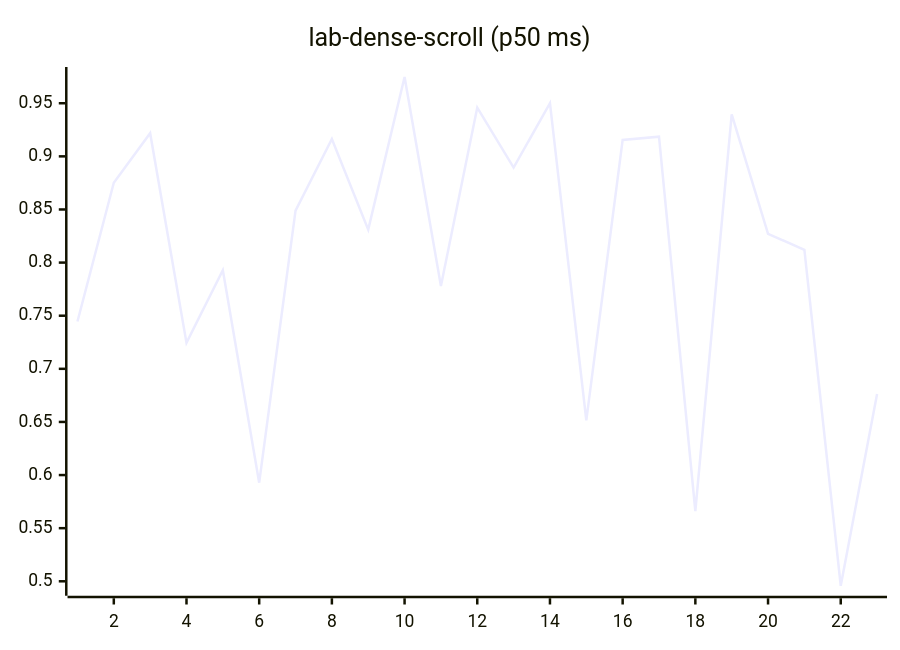
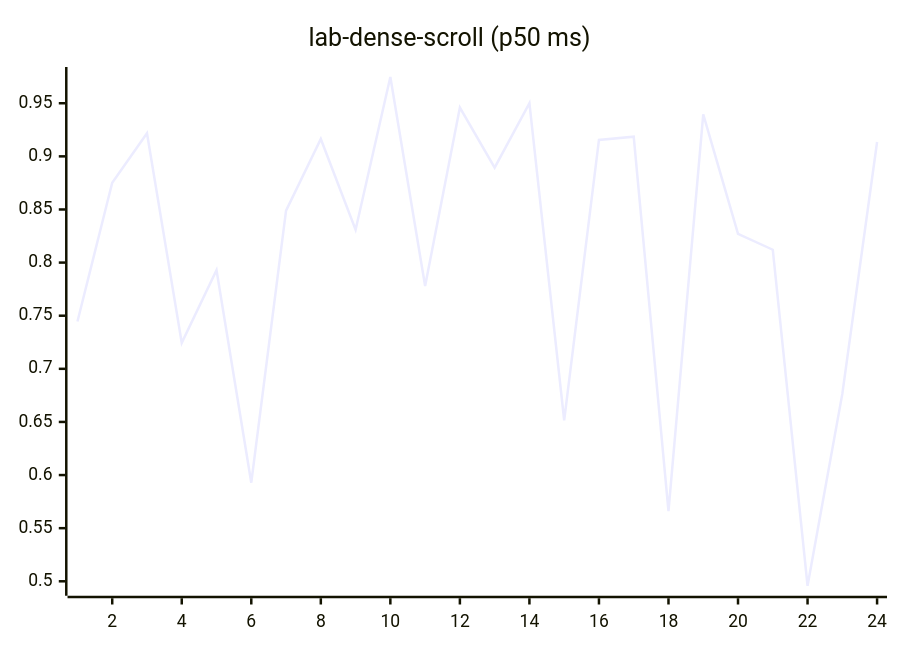
One commit to josha/Facet changed diagram 12 of 27 in README.md. Above: the diagram before and after it, drawn with Mermaid. The commit also changed other lines of this file and 2 other files, not shown here.

````diff
--- a/README.md
+++ b/README.md
@@ -140,6 +140,6 @@
 ```mermaid
 xychart-beta
     title "lab-dense-scroll (p50 ms)"
-    x-axis 1 --> 23
-    line [0.7446, 0.8751, 0.9218, 0.7244, 0.7929, 0.5928, 0.8489, 0.9164, 0.8310, 0.9747, 0.7780, 0.9459, 0.8894, 0.9501, 0.6514, 0.9155, 0.9185, 0.5661, 0.9396, 0.8271, 0.8121, 0.4958, 0.6764]
+    x-axis 1 --> 24
+    line [0.7446, 0.8751, 0.9218, 0.7244, 0.7929, 0.5928, 0.8489, 0.9164, 0.8310, 0.9747, 0.7780, 0.9459, 0.8894, 0.9501, 0.6514, 0.9155, 0.9185, 0.5661, 0.9396, 0.8271, 0.8121, 0.4958, 0.6764, 0.9135]
 ```
````
